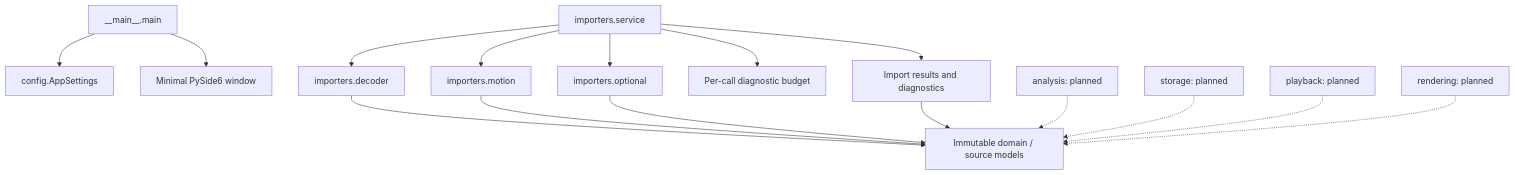
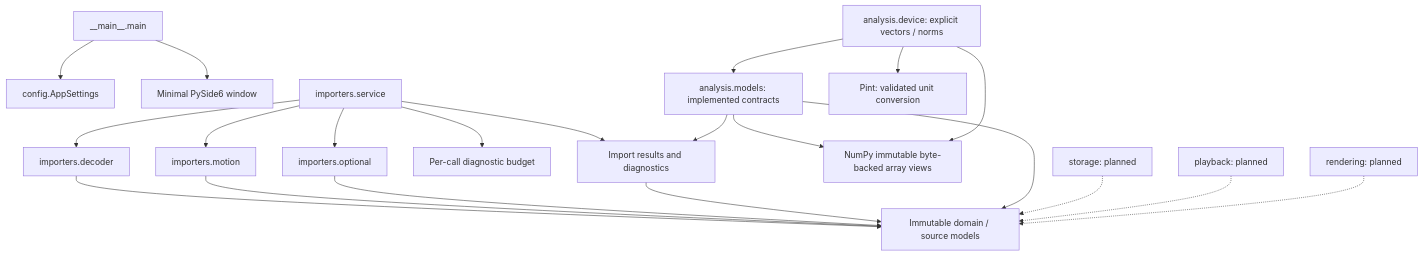
One commit to rudnerbjoern/ride-forces-analyzer changed the diagram in docs/architecture/05_building_block_view.md. Above: the diagram before and after it, drawn with Mermaid. The commit also changed other lines of this file and 24 other files, not shown here.

First line of the commit message:
:sparkles: feat(analysis): add immutable contracts and device norms

````diff
--- a/docs/architecture/05_building_block_view.md
+++ b/docs/architecture/05_building_block_view.md
@@ -7,18 +7,23 @@
 ```mermaid
 flowchart TB
     Entry["__main__.main"] --> Settings["config.AppSettings"]
     Entry --> Qt["Minimal PySide6 window"]
     Service["importers.service"] --> Decoder["importers.decoder"]
     Service --> Motion["importers.motion"]
     Service --> Optional["importers.optional"]
     Service --> Budget["Per-call diagnostic budget"]
     Service --> Results["Import results and diagnostics"]
     Decoder --> Domain["Immutable domain / source models"]
     Motion --> Domain
     Optional --> Domain
     Results --> Domain
-    Analysis["analysis: planned"] -.-> Domain
+    Analysis["analysis.models: implemented contracts"] --> Domain
+    Analysis --> Results
+    Analysis --> NumPy["NumPy immutable byte-backed array views"]
+    Device["analysis.device: explicit vectors / norms"] --> Analysis
+    Device --> NumPy
+    Device --> Pint["Pint: validated unit conversion"]
     Storage["storage: planned"] -.-> Domain
     Playback["playback: planned"] -.-> Domain
     Rendering["rendering: planned"] -.-> Domain
 ```
````
